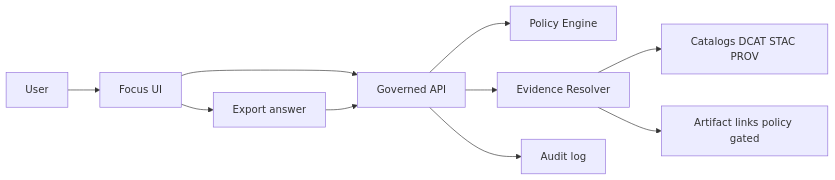
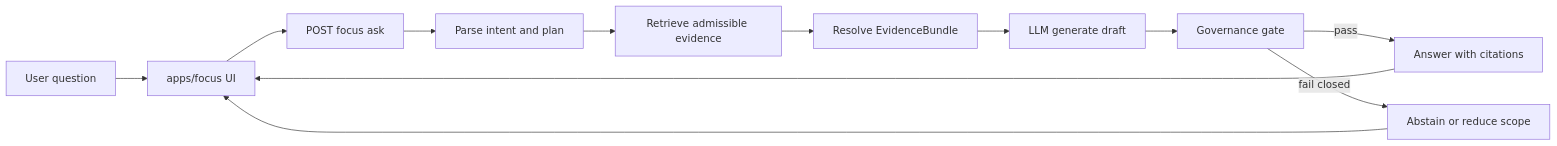
The diagram in apps/focus/README.md (bartytime4life/Kansas-Frontier-Matrix), drawn with Mermaid before and after one commit. The commit also changed other lines of this file, not shown here.

First line of the commit message:
Revise README for Focus Mode app with updated metadata

````diff
--- a/apps/focus/README.md
+++ b/apps/focus/README.md
@@ -81,13 +69,14 @@
 ```mermaid
 flowchart LR
-  user[User] --> focus[Focus UI]
-  focus --> api[Governed API]
-  api --> policy[Policy Engine]
-  api --> resolver[Evidence Resolver]
-  resolver --> catalogs[Catalogs DCAT STAC PROV]
-  resolver --> artifacts[Artifact links policy gated]
-  api --> audit[Audit log]
-
-  focus --> export[Export answer]
-  export --> api
+  U[User question] --> UI[apps/focus UI]
+  UI --> FAPI[POST focus ask]
+  FAPI --> PLAN[Parse intent and plan]
+  PLAN --> R[Retrieve admissible evidence]
+  R --> EV[Resolve EvidenceBundle]
+  EV --> LLM[LLM generate draft]
+  LLM --> GATE[Governance gate]
+  GATE -->|pass| OUT[Answer with citations]
+  GATE -->|fail closed| ABS[Abstain or reduce scope]
+  OUT --> UI
+  ABS --> UI
 ```
````
